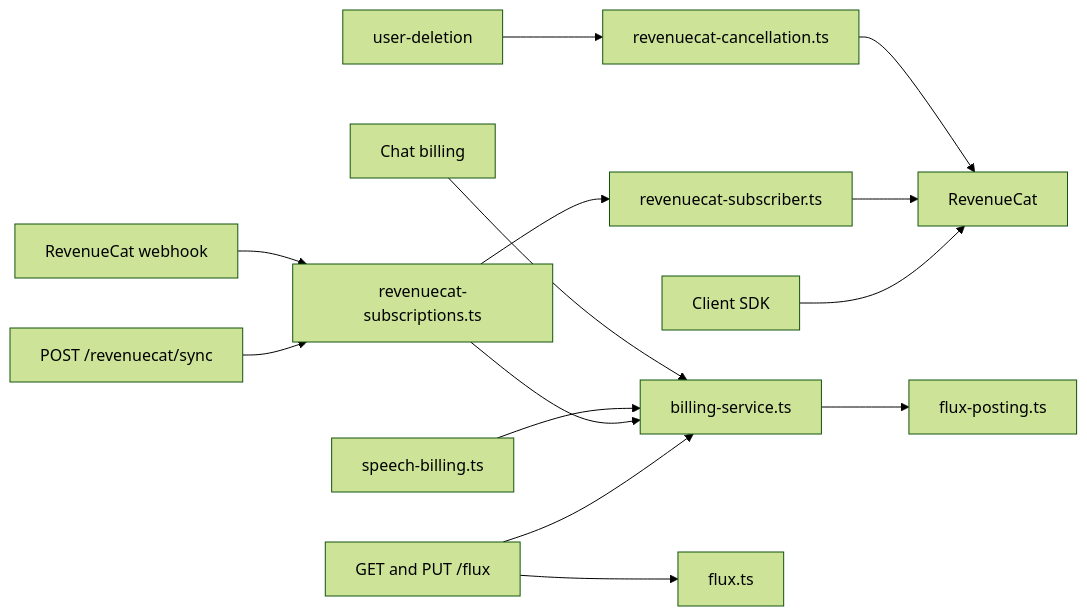
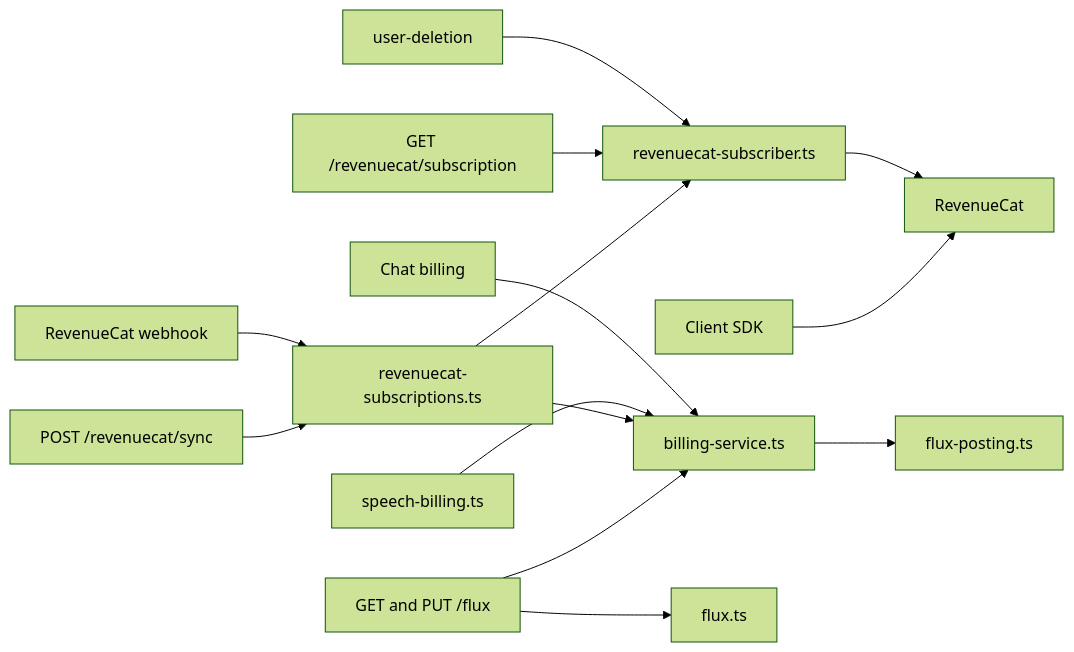
One commit to moeru-ai/airi changed the first of 2 diagrams in server/docs/ai/adr/2026-10-04-subscription-credits.md. Above: the diagram before and after it, drawn with Mermaid (forest theme). The commit also changed other lines of this file and 18 other files, not shown here.

First line of the commit message:
fix(api,auth,stage-pages): stop an account deletion while a subscription renews

````diff
--- a/server/docs/ai/adr/2026-10-04-subscription-credits.md
+++ b/server/docs/ai/adr/2026-10-04-subscription-credits.md
@@ -167,16 +172,16 @@
 ```mermaid
 flowchart LR
   Chat[Chat billing] --> Billing[billing-service.ts]
   Speech[speech-billing.ts] --> Billing
   Billing --> Posting[flux-posting.ts]
   Webhook[RevenueCat webhook] --> Sync["revenuecat-subscriptions.ts"]
   SyncRoute["POST /revenuecat/sync"] --> Sync
-  Deletion[user-deletion] --> Cancel["revenuecat-cancellation.ts"]
-  Cancel --> RC
+  Deletion[user-deletion] --> Reader
+  AccountPage["GET /revenuecat/subscription"] --> Reader
   Sync --> Reader["revenuecat-subscriber.ts"]
   Reader --> RC[RevenueCat]
   Sync --> Billing
   Client[Client SDK] --> RC
   FluxRoute["GET and PUT /flux"] --> Billing
   FluxRoute --> FluxService[flux.ts]
 ```
````
